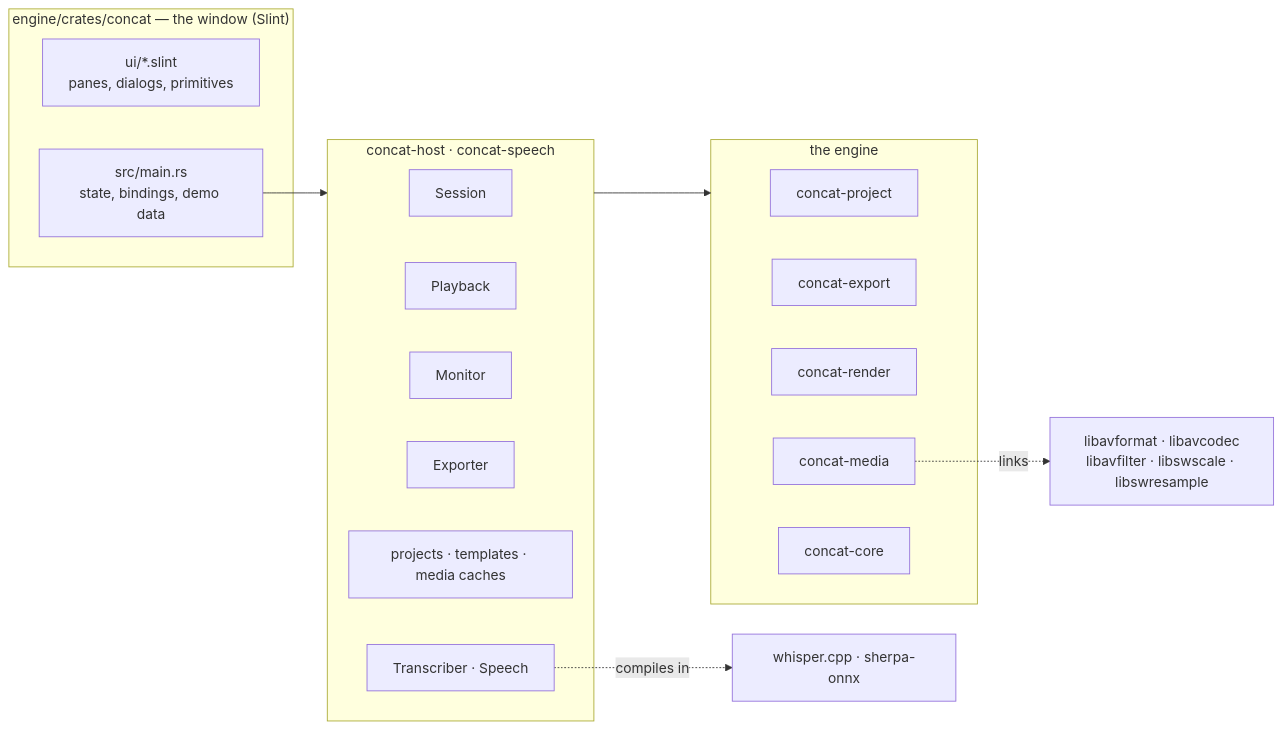
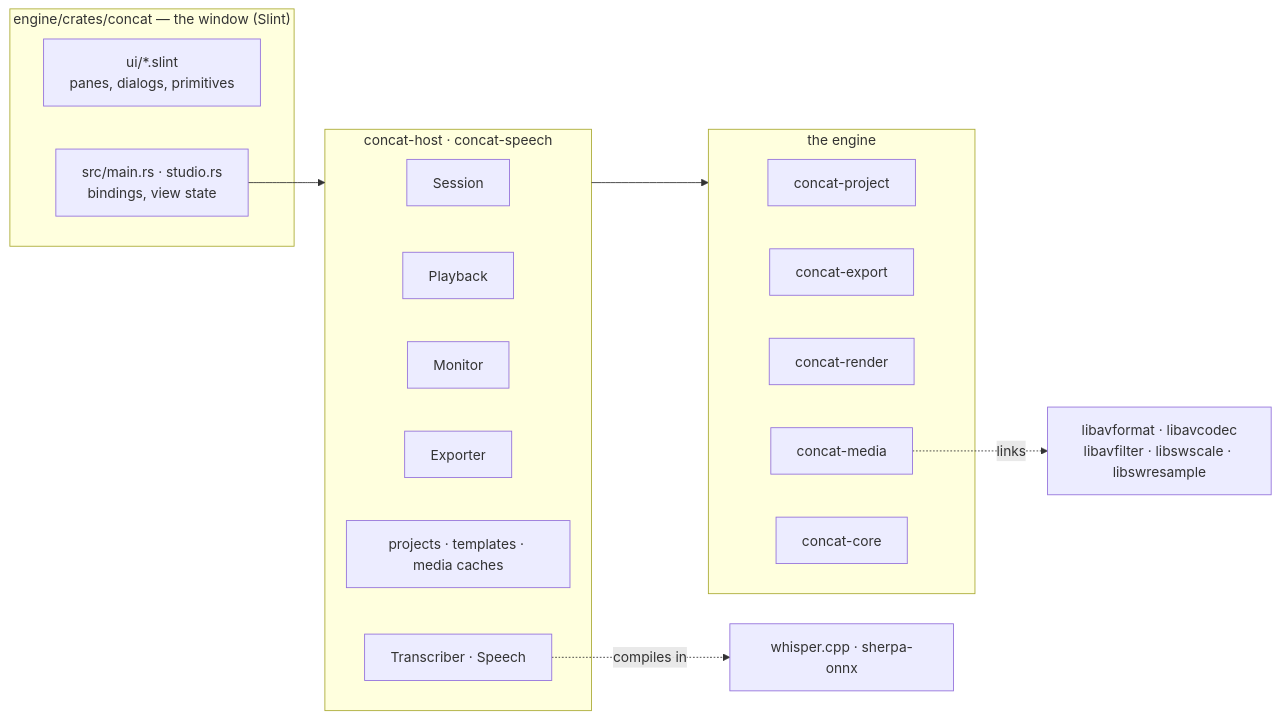
One commit to Mehdidjah/Concat-app changed the first of 3 diagrams in ARCHITECTURE.md. Above: the diagram before and after it, drawn with Mermaid. The commit also changed other lines of this file and 185 other files, not shown here.

````diff
--- a/ARCHITECTURE.md
+++ b/ARCHITECTURE.md
@@ -14,26 +14,26 @@
 ```mermaid
 flowchart LR
     subgraph WINDOW["engine/crates/concat — the window (Slint)"]
         UI["ui/*.slint<br/>panes, dialogs, primitives"]
-        MAIN["src/main.rs<br/>state, bindings, demo data"]
+        MAIN["src/main.rs · studio.rs<br/>bindings, view state"]
     end
     subgraph HOST["concat-host · concat-speech"]
         SESSION[Session]
         PLAY[Playback]
         MON[Monitor]
         EXP[Exporter]
         PROJ["projects · templates · media caches"]
         SPEECH["Transcriber · Speech"]
     end
     subgraph ENGINE["the engine"]
         PROJECT[concat-project]
         EXPORT[concat-export]
         RENDER[concat-render]
         MEDIA[concat-media]
         CORE[concat-core]
     end
     MAIN --> HOST
     HOST --> ENGINE
     MEDIA -. links .-> FF["libavformat · libavcodec<br/>libavfilter · libswscale · libswresample"]
     SPEECH -. compiles in .-> W["whisper.cpp · sherpa-onnx"]
 ```
````
